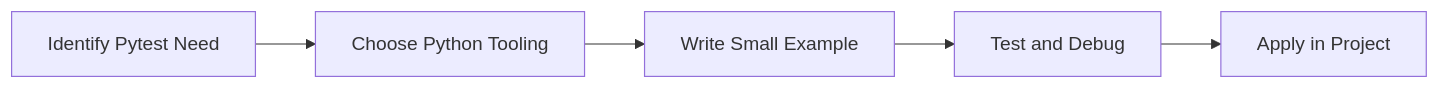
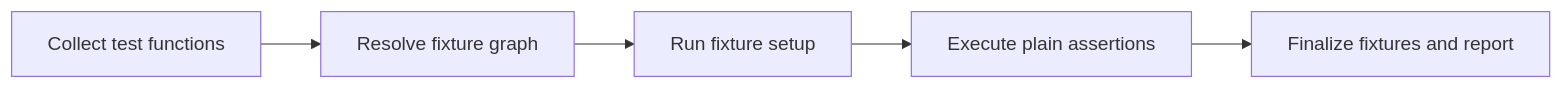
Before and after one commit to SYMOIZ/E-Learning-Portal: the diagram in Python-Mastery/Intermediate/32-pytest.md, drawn with Mermaid. The commit also changed other lines of this file and 116 other files, not shown here.

````diff
--- a/Python-Mastery/Intermediate/32-pytest.md
+++ b/Python-Mastery/Intermediate/32-pytest.md
@@ -136,7 +169,7 @@
 ```mermaid
 flowchart LR
-    A[Identify Pytest Need] --> B[Choose Python Tooling]
-    B --> C[Write Small Example]
-    C --> D[Test and Debug]
-    D --> E[Apply in Project]
+    A[Collect test functions] --> B[Resolve fixture graph]
+    B --> C[Run fixture setup]
+    C --> D[Execute plain assertions]
+    D --> E[Finalize fixtures and report]
 ```
````
